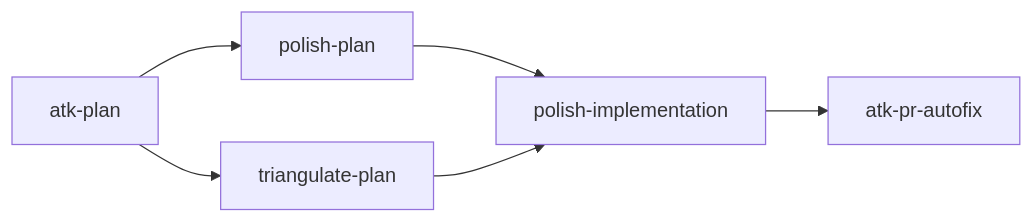
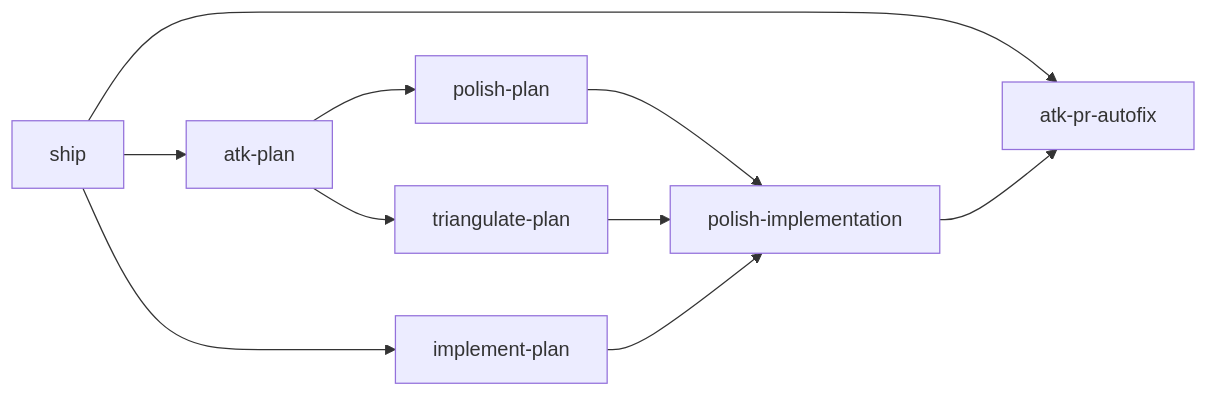
The diagram in docs/skills.md (rstacruz/agentic-toolkit), drawn with Mermaid before and after one commit. The commit also changed other lines of this file and 2 other files, not shown here.

Commit message:
docs: cover ship and the new skills in README, skills doc, changelog

````diff
--- a/docs/skills.md
+++ b/docs/skills.md
@@ -5,8 +5,12 @@
 ```mermaid
 graph LR
-  atk_plan["atk-plan"] --> polish_plan["polish-plan"]
-  atk_plan["atk-plan"] --> triangulate_plan["triangulate-plan"]
+  ship["ship"] --> atk_plan["atk-plan"]
+  ship --> implement_plan["implement-plan"]
+  ship --> atk_pr_autofix["atk-pr-autofix"]
+  atk_plan --> polish_plan["polish-plan"]
+  atk_plan --> triangulate_plan["triangulate-plan"]
   polish_plan --> polish_implementation["polish-implementation"]
   triangulate_plan --> polish_implementation
-  polish_implementation --> atk_pr_autofix["atk-pr-autofix"]
+  implement_plan --> polish_implementation
+  polish_implementation --> atk_pr_autofix
 ```
````
